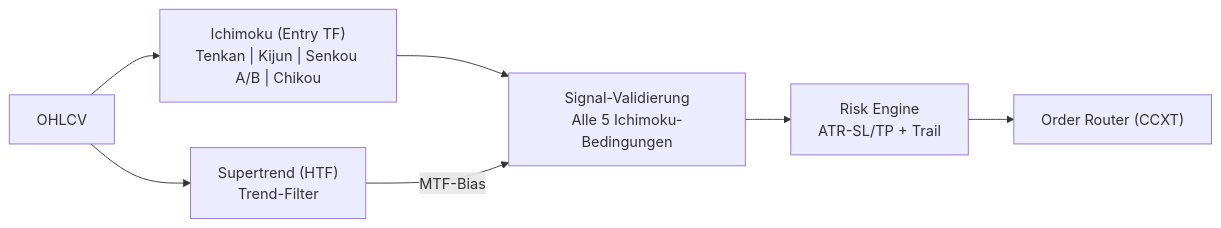
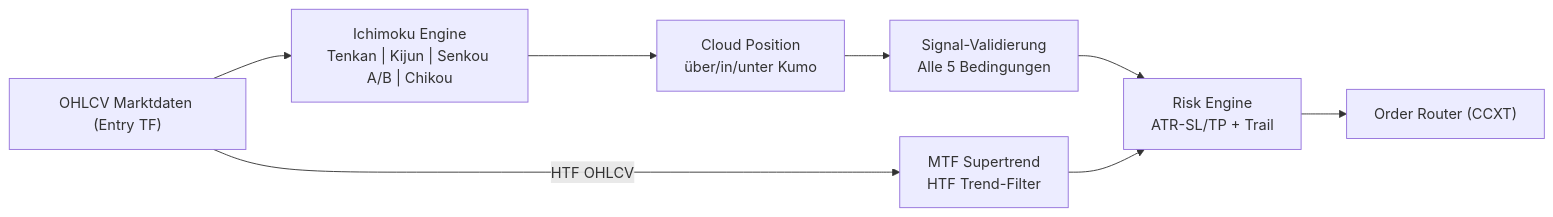
The diagram in README.md (Youra82/utbot2), drawn with Mermaid before and after one commit. The commit also changed other lines of this file and 1 other file, not shown here.

````diff
--- a/README.md
+++ b/README.md
@@ -31,15 +32,14 @@
 ```mermaid
 flowchart LR
-    A["OHLCV"]
-    B["Ichimoku (Entry TF)<br/>Tenkan | Kijun | Senkou A/B | Chikou"]
-    C["Supertrend (HTF)<br/>Trend-Filter"]
-    D["Signal-Validierung<br/>Alle 5 Ichimoku-Bedingungen"]
-    E["Risk Engine<br/>ATR-SL/TP + Trail"]
-    F["Order Router (CCXT)"]
+    A["OHLCV Marktdaten (Entry TF)"]
+    B["Ichimoku Engine<br/>Tenkan | Kijun | Senkou A/B | Chikou"]
+    C["Cloud Position<br/>über/in/unter Kumo"]
+    D["Signal-Validierung<br/>Alle 5 Bedingungen"]
+    E["MTF Supertrend<br/>HTF Trend-Filter"]
+    F["Risk Engine<br/>ATR-SL/TP + Trail"]
+    G["Order Router (CCXT)"]
 
-    A --> B
-    A --> C
-    B --> D
-    C -->|"MTF-Bias"| D
-    D --> E --> F
+    A --> B --> C --> D
+    A -->|HTF OHLCV| E
+    D & E --> F --> G
 ```
````
